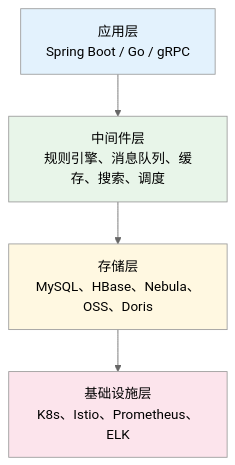
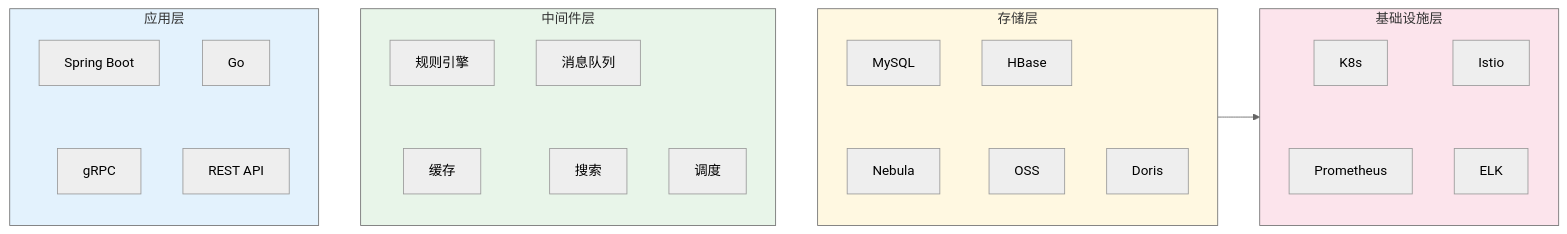
Before and after one commit to zhangqian-silk/cs-note: the fourth of 4 diagrams in system_design/marketing/marketing_system.md, drawn with Mermaid (neutral theme). The commit also changed other lines of this file, not shown here.

````diff
--- a/system_design/marketing/marketing_system.md
+++ b/system_design/marketing/marketing_system.md
@@ -371,14 +333,68 @@
 ```mermaid
-flowchart TB
-    L1[应用层<br/>Spring Boot / Go / gRPC]
-    L2[中间件层<br/>规则引擎、消息队列、缓存、搜索、调度]
-    L3[存储层<br/>MySQL、HBase、Nebula、OSS、Doris]
-    L4[基础设施层<br/>K8s、Istio、Prometheus、ELK]
-    
-    L1 --> L2 --> L3 --> L4
-    
-    style L1 fill:#e3f2fd
-    style L2 fill:#e8f5e9
-    style L3 fill:#fff8e1
-    style L4 fill:#fce4ec
+flowchart LR
+    subgraph A[应用层]
+        direction TB
+        A1[Spring Boot]
+        A2[Go]
+        A3[gRPC]
+        A4[REST API]
+
+        A1 --> A3
+        A2 --> A4
+    end
+
+    subgraph B[中间件层]
+        direction TB
+        B1[规则引擎]
+        B2[消息队列]
+        B3[缓存]
+        B4[搜索]
+        B5[调度]
+
+        B1 --> B3
+        B2 --> B4
+
+    end
+
+    subgraph C[存储层]
+        direction TB
+        C1[MySQL]
+        C2[HBase]
+        C3[Nebula]
+        C4[OSS]
+        C5[Doris]
+
+        C1 --> C3
+        C2 --> C4
+
+    end
+
+    subgraph D[基础设施层]
+        direction TB
+        D1[K8s]
+        D2[Istio]
+        D3[Prometheus]
+        D4[ELK]
+
+        D1 --> D3
+        D2 --> D4
+    end
+
+    A --> B --> C --> D
+
+    linkStyle 0 stroke:transparent
+    linkStyle 1 stroke:transparent
+    linkStyle 2 stroke:transparent
+    linkStyle 3 stroke:transparent
+    linkStyle 4 stroke:transparent
+    linkStyle 5 stroke:transparent
+    linkStyle 6 stroke:transparent
+    linkStyle 7 stroke:transparent
+    linkStyle 8 stroke:transparent
+    linkStyle 9 stroke:transparent
+
+    style A fill:#e3f2fd
+    style B fill:#e8f5e9
+    style C fill:#fff8e1
+    style D fill:#fce4ec
 ```
````
